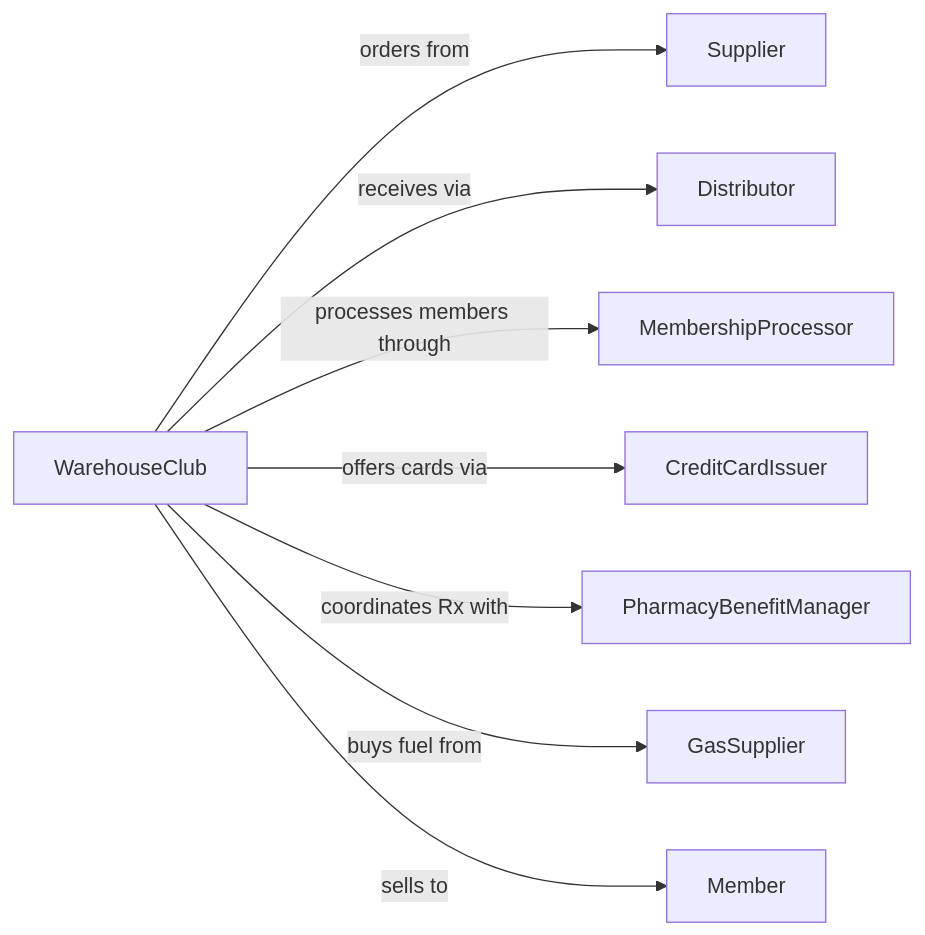
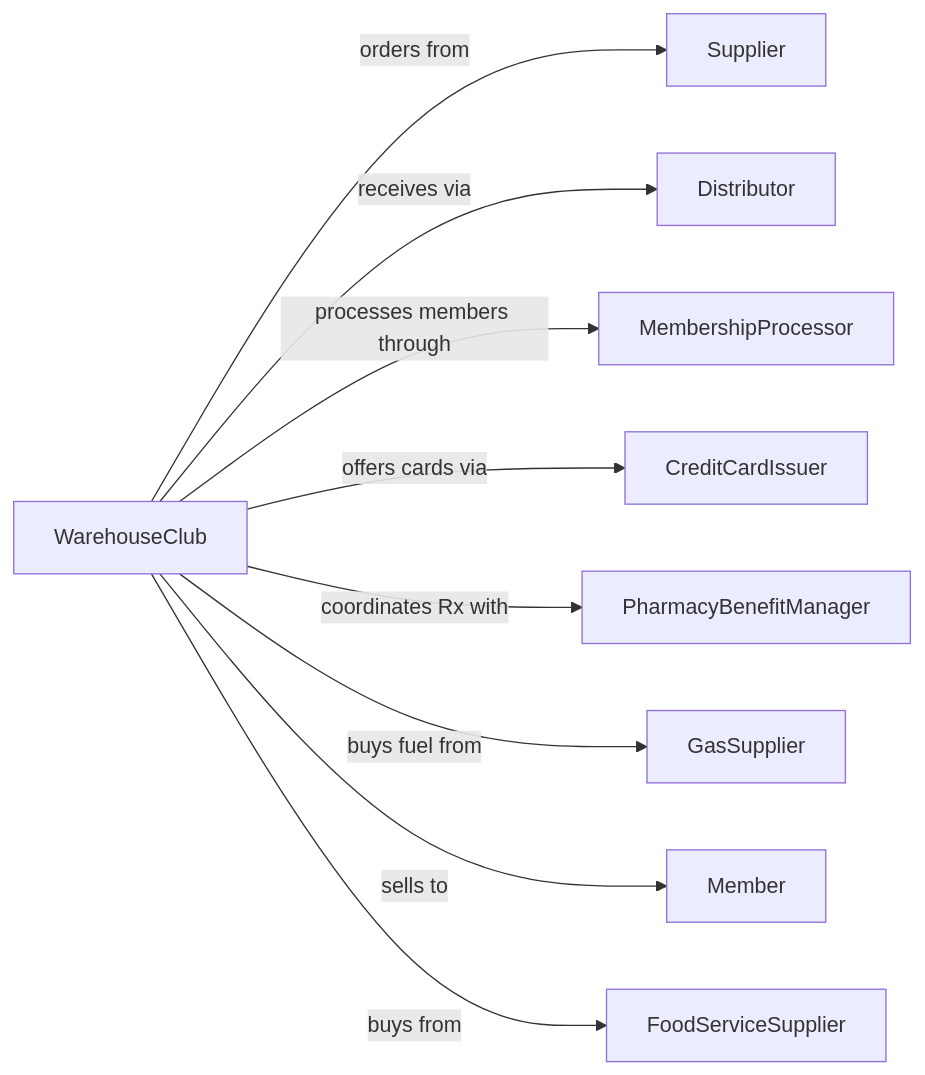
One commit to dot-org-ai/industries.org.ai changed the second of 2 diagrams in RetailTrade/GeneralMerchandiseRetailers/WarehouseClubsSupercentersAndOtherGeneralMerchandiseRetailers/WarehouseClubsAndSupercenters.mdx. Above: the diagram before and after it, drawn with Mermaid. The commit also changed 588 other files, not shown here.

````diff
--- a/RetailTrade/GeneralMerchandiseRetailers/WarehouseClubsSupercentersAndOtherGeneralMerchandiseRetailers/WarehouseClubsAndSupercenters.mdx
+++ b/RetailTrade/GeneralMerchandiseRetailers/WarehouseClubsSupercentersAndOtherGeneralMerchandiseRetailers/WarehouseClubsAndSupercenters.mdx
@@ -135,12 +135,13 @@
 ```mermaid
 graph LR
     W[WarehouseClub]
 
     W -->|orders from| Supplier
     W -->|receives via| Distributor
     W -->|processes members through| MembershipProcessor
     W -->|offers cards via| CreditCardIssuer
     W -->|coordinates Rx with| PharmacyBenefitManager
     W -->|buys fuel from| GasSupplier
     W -->|sells to| Member
+    W -->|buys from| FoodServiceSupplier
 ```
````
